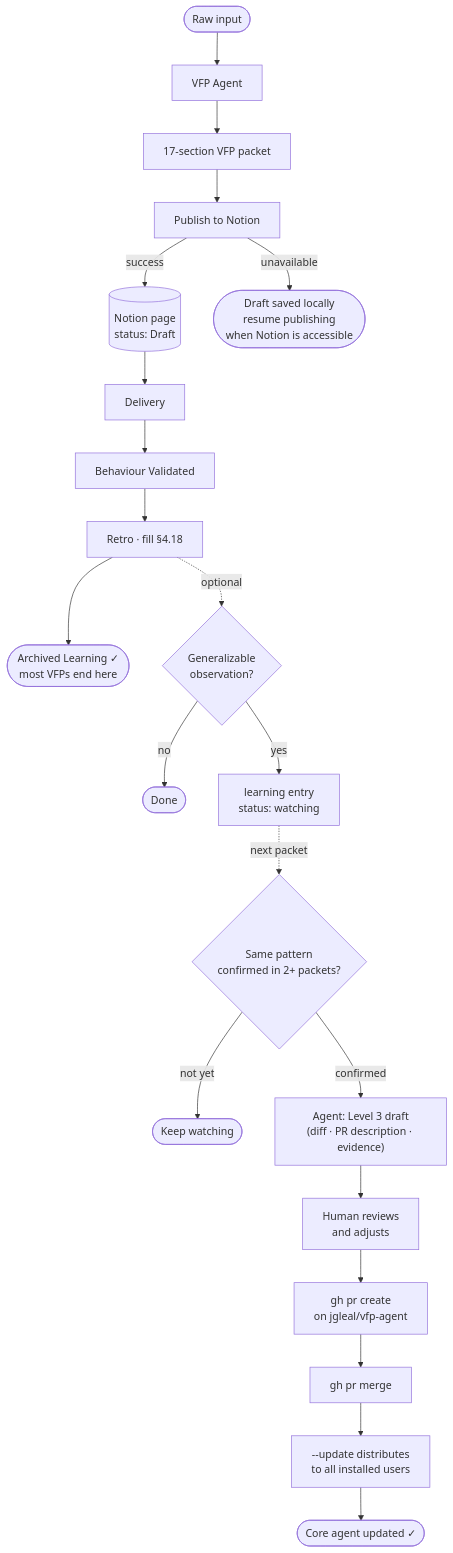
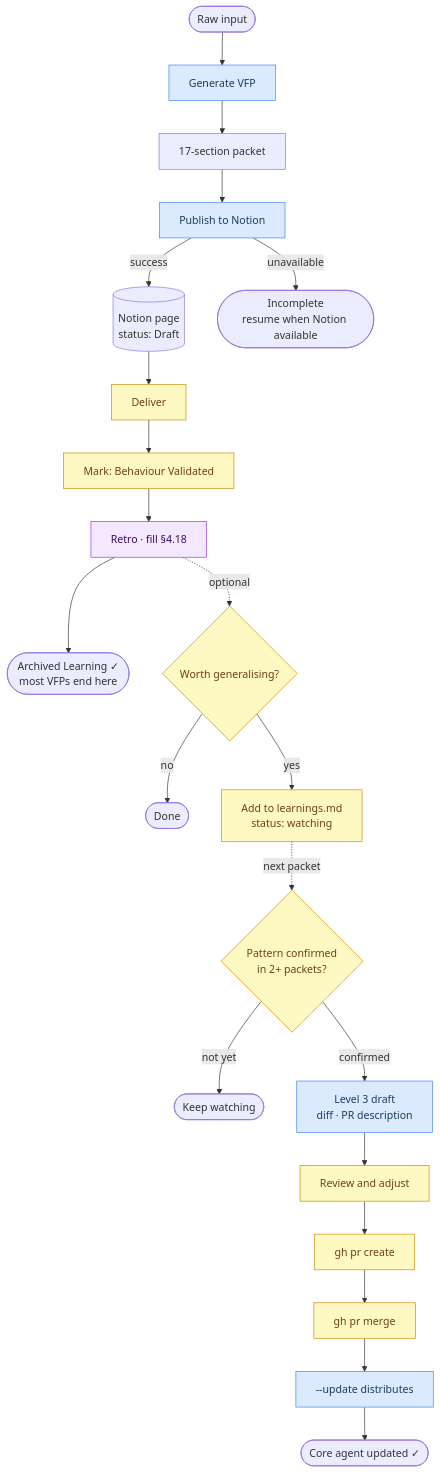
One commit to jgleal/vfp-agent changed the diagram in README.md. Above: the diagram before and after it, drawn with Mermaid. The commit also changed other lines of this file, not shown here.

Commit message:
docs: color-code flow diagram by owner (agent/human/both)
Use classDef to make ownership visual:
- Blue  = agent action (Generate VFP, Publish to Notion, Level 3 draft, --update)
- Yellow = human action (Deliver, Mark Behaviour Validated, learning extraction, PR steps)
- Purple = collaboration (Retro · fill §4.18)

Also clarifies node labels:
- 'Delivery' → 'Deliver' (action, not phase)
- 'Behaviour Validated' → 'Mark: Behaviour Validated' (human status change)
- 'Human reviews' → 'Review and adjust' (shorter, class conveys owner)
- Evidence of ownership now visual, not buried in label text

````diff
--- a/README.md
+++ b/README.md
@@ -11,24 +11,28 @@
 ```mermaid
 flowchart TD
-    A([Raw input]) --> B[VFP Agent]
-    B --> C[17-section VFP packet]
-    C --> D[Publish to Notion]
+    A([Raw input]) --> B[Generate VFP]:::agent
+    B --> C[17-section packet]
+    C --> D[Publish to Notion]:::agent
     D -- success --> E[(Notion page\nstatus: Draft)]
-    D -- unavailable --> F([Draft saved locally\nresume publishing\nwhen Notion is accessible])
-    E --> G[Delivery]
-    G --> H[Behaviour Validated]
-    H --> I[Retro · fill §4.18]
+    D -- unavailable --> F([Incomplete\nresume when Notion available])
+    E --> G[Deliver]:::human
+    G --> H[Mark: Behaviour Validated]:::human
+    H --> I[Retro · fill §4.18]:::collab
     I --> J([Archived Learning ✓\nmost VFPs end here])
 
-    I -.->|optional| K{Generalizable\nobservation?}
+    I -.->|optional| K{Worth generalising?}:::human
     K -- no --> L([Done])
-    K -- yes --> M[learning entry\nstatus: watching]
-    M -.->|next packet| N{Same pattern\nconfirmed in 2+ packets?}
+    K -- yes --> M[Add to learnings.md\nstatus: watching]:::human
+    M -.->|next packet| N{Pattern confirmed\nin 2+ packets?}:::human
     N -- not yet --> O([Keep watching])
-    N -- confirmed --> P["Agent: Level 3 draft\n(diff · PR description · evidence)"]
-    P --> Q[Human reviews\nand adjusts]
-    Q --> R[gh pr create\non jgleal/vfp-agent]
-    R --> S[gh pr merge]
-    S --> T[--update distributes\nto all installed users]
+    N -- confirmed --> P[Level 3 draft\ndiff · PR description]:::agent
+    P --> Q[Review and adjust]:::human
+    Q --> R[gh pr create]:::human
+    R --> S[gh pr merge]:::human
+    S --> T[--update distributes]:::agent
     T --> U([Core agent updated ✓])
+
+    classDef agent fill:#dbeafe,stroke:#3b82f6,color:#1e3a5f
+    classDef human fill:#fef9c3,stroke:#ca8a04,color:#713f12
+    classDef collab fill:#f3e8ff,stroke:#9333ea,color:#3b0764
 ```
````
